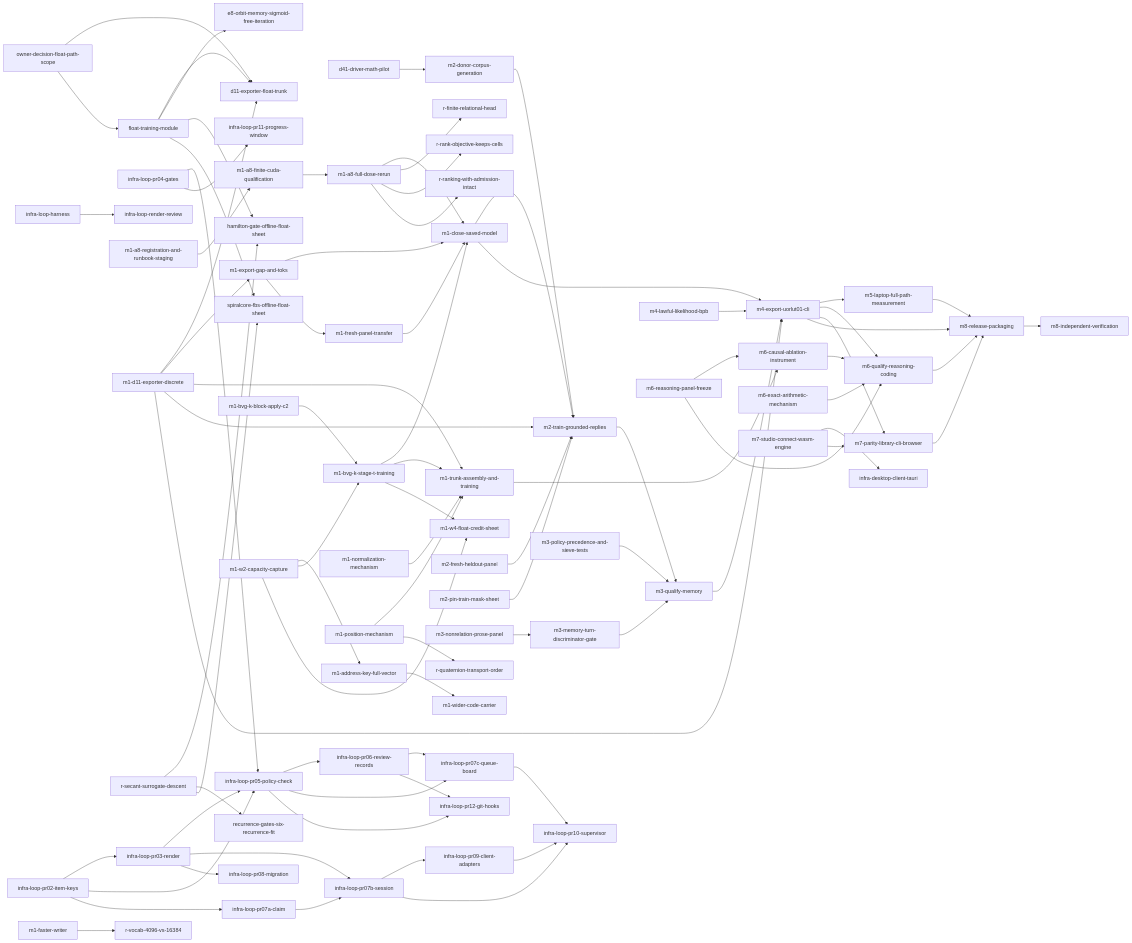
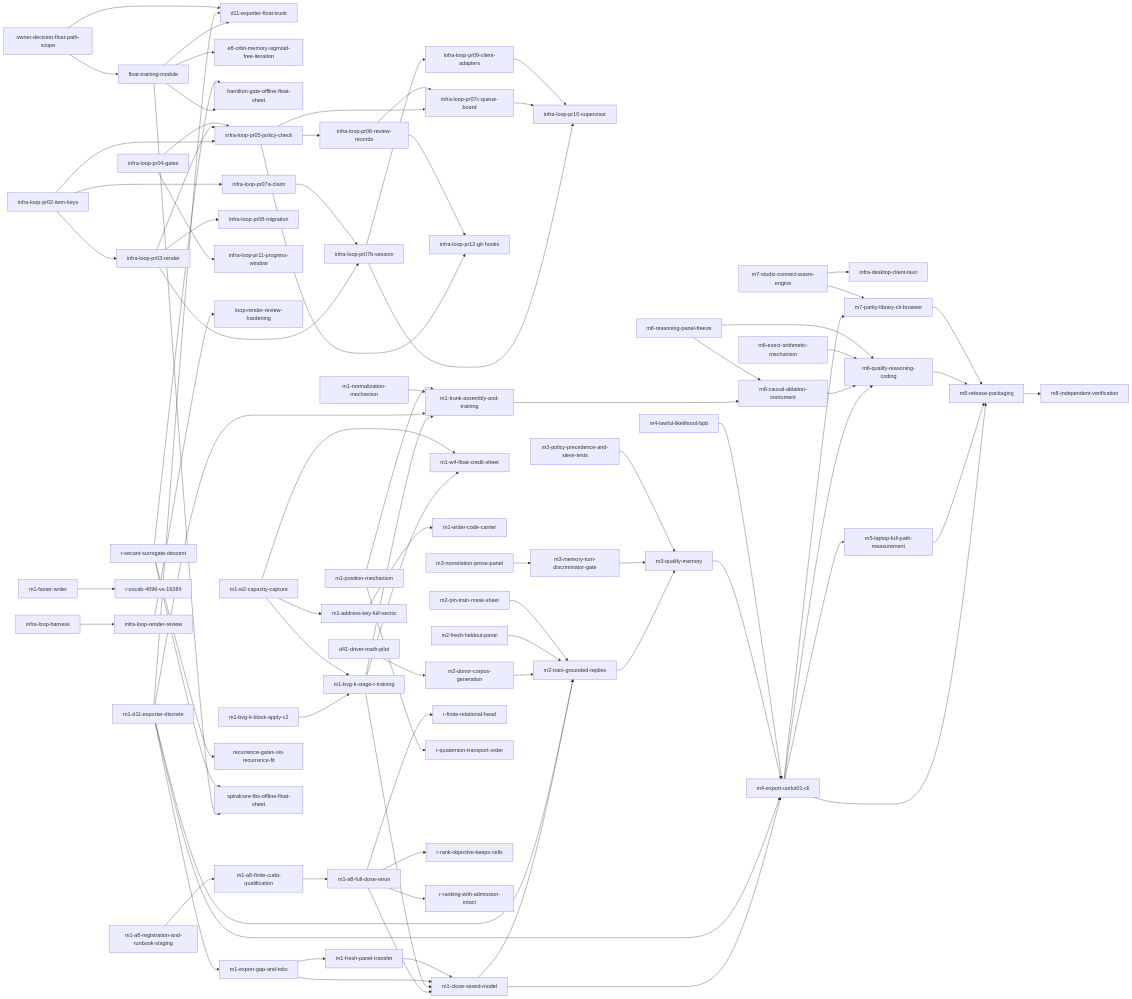
Before and after one commit to Casey-allard/uor-r4: the diagram in docs/roadmap/README.md, drawn with Mermaid. The commit also changed other lines of this file and 4 other files, not shown here.

```diff
--- a/docs/roadmap/README.md
+++ b/docs/roadmap/README.md
@@ -224,6 +225,7 @@
   n_infra_loop_pr11_progress_window["infra-loop-pr11-progress-window"]
   n_infra_loop_pr12_git_hooks["infra-loop-pr12-git-hooks"]
   n_infra_loop_render_review["infra-loop-render-review"]
+  n_loop_render_review_hardening["loop-render-review-hardening"]
   n_m1_a8_finite_cuda_qualification["m1-a8-finite-cuda-qualification"]
   n_m1_a8_full_dose_rerun["m1-a8-full-dose-rerun"]
   n_m1_a8_registration_and_runbook_staging["m1-a8-registration-and-runbook-staging"]
@@ -293,6 +295,7 @@
   n_infra_loop_pr07b_session --> n_infra_loop_pr10_supervisor
   n_infra_loop_pr07c_queue_board --> n_infra_loop_pr10_supervisor
   n_infra_loop_pr09_client_adapters --> n_infra_loop_pr10_supervisor
+  n_infra_loop_render_review --> n_loop_render_review_hardening
   n_m1_a8_finite_cuda_qualification --> n_m1_a8_full_dose_rerun
   n_m1_a8_full_dose_rerun --> n_m1_close_saved_model
   n_m1_a8_full_dose_rerun --> n_r_finite_relational_head
```
